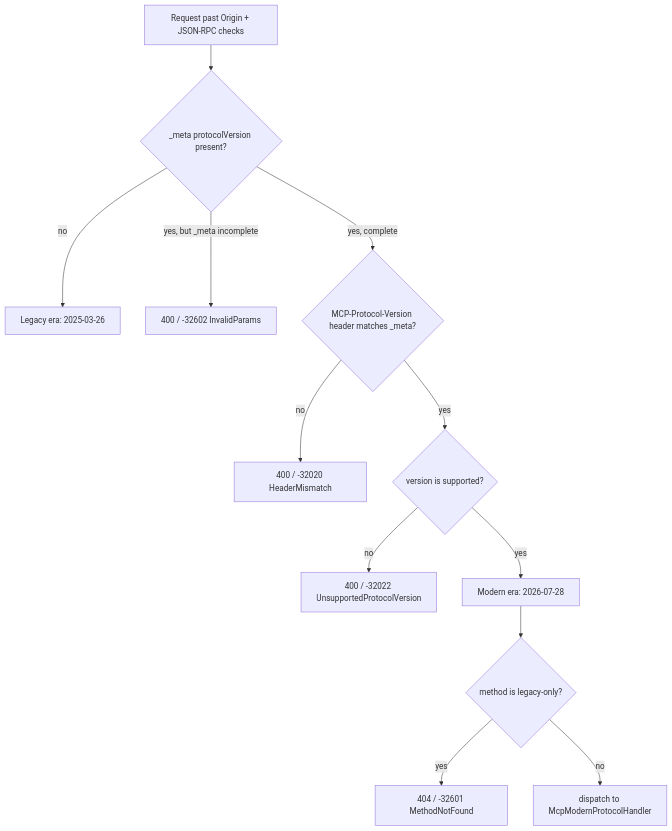
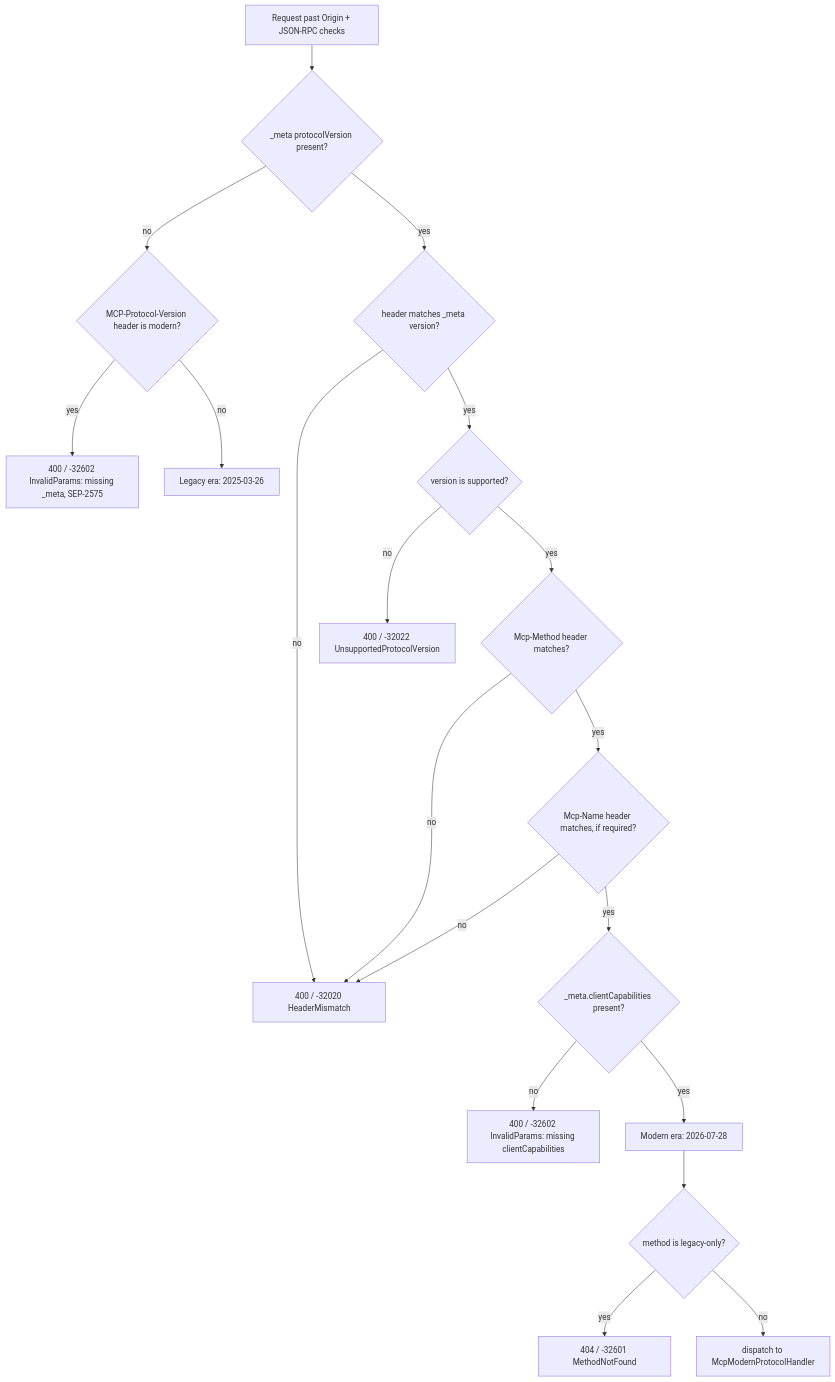
One commit to yblazart/langchain4j-cdi changed the second of 5 diagrams in langchain4j-cdi-mcp/README.md. Above: the diagram before and after it, drawn with Mermaid. The commit also changed other lines of this file, not shown here.

First paragraph of the commit message:
docs(mcp): correct the era detection diagram
Re-read McpEraDetector.detect() and redraw the Era Detection diagram in
langchain4j-cdi-mcp/README.md ("Protocol Versions & Compatibility") so it
matches the code's exact precedence instead of an approximation:

````diff
--- a/langchain4j-cdi-mcp/README.md
+++ b/langchain4j-cdi-mcp/README.md
@@ -329,14 +329,21 @@
 ```mermaid
 flowchart TD
     A["Request past Origin + JSON-RPC checks"] --> B{"_meta protocolVersion present?"}
-    B -- "no" --> B1["Legacy era: 2025-03-26"]
-    B -- "yes, but _meta incomplete" --> B2["400 / -32602 InvalidParams"]
-    B -- "yes, complete" --> C{"MCP-Protocol-Version header matches _meta?"}
+    B -- "no" --> B1{"MCP-Protocol-Version header is modern?"}
+    B1 -- "yes" --> B2["400 / -32602 InvalidParams: missing _meta, SEP-2575"]
+    B1 -- "no" --> B3["Legacy era: 2025-03-26"]
+    B -- "yes" --> C{"header matches _meta version?"}
     C -- "no" --> C1["400 / -32020 HeaderMismatch"]
     C -- "yes" --> D{"version is supported?"}
     D -- "no" --> D1["400 / -32022 UnsupportedProtocolVersion"]
-    D -- "yes" --> E["Modern era: 2026-07-28"]
-    E --> F{"method is legacy-only?"}
-    F -- "yes" --> F1["404 / -32601 MethodNotFound"]
-    F -- "no" --> G["dispatch to McpModernProtocolHandler"]
+    D -- "yes" --> E{"Mcp-Method header matches?"}
+    E -- "no" --> C1
+    E -- "yes" --> F{"Mcp-Name header matches, if required?"}
+    F -- "no" --> C1
+    F -- "yes" --> G{"_meta.clientCapabilities present?"}
+    G -- "no" --> G1["400 / -32602 InvalidParams: missing clientCapabilities"]
+    G -- "yes" --> H["Modern era: 2026-07-28"]
+    H --> I{"method is legacy-only?"}
+    I -- "yes" --> I1["404 / -32601 MethodNotFound"]
+    I -- "no" --> J["dispatch to McpModernProtocolHandler"]
 ```
````
